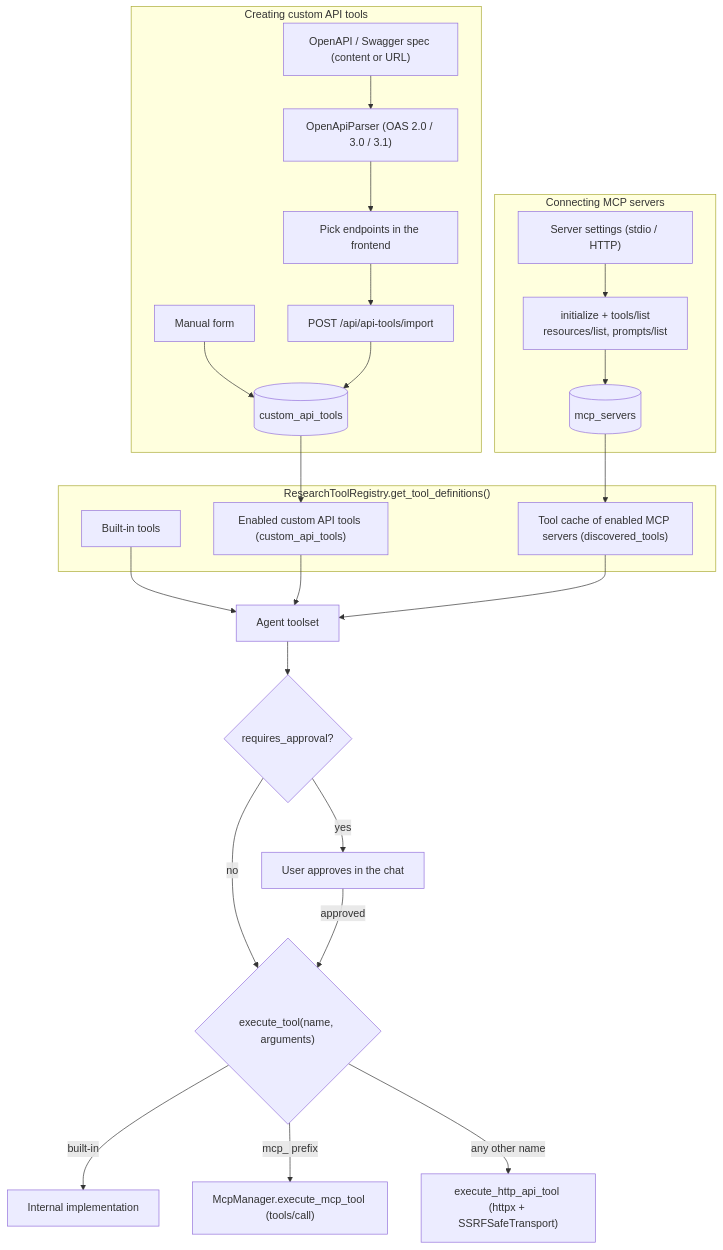
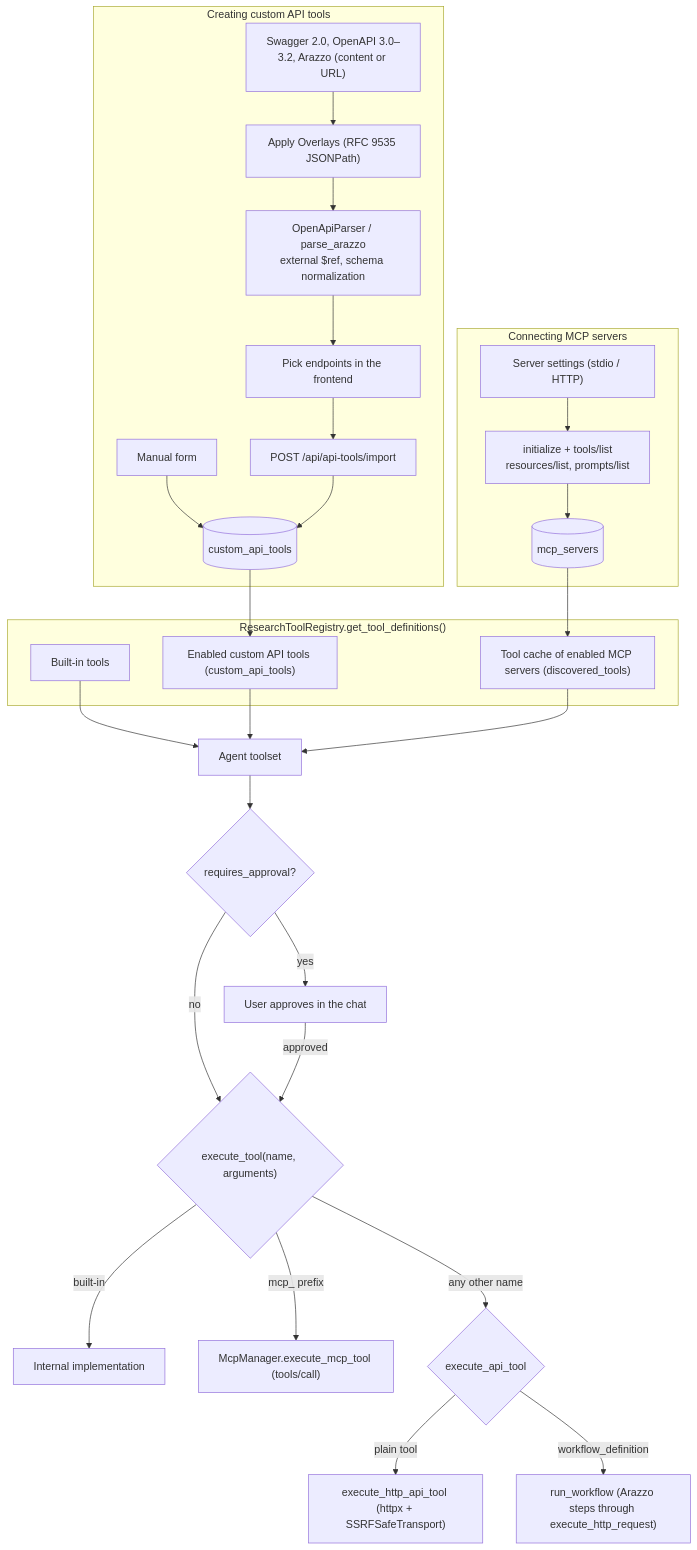
Before and after one commit to Scorpio-meow/AskMiao: the seventh of 9 diagrams in docs/architecture_en.md, drawn with Mermaid. The commit also changed other lines of this file and 163 other files, not shown here.

````diff
--- a/docs/architecture_en.md
+++ b/docs/architecture_en.md
@@ -467,32 +469,35 @@
 ```mermaid
 flowchart TB
     subgraph Registry ["ResearchToolRegistry.get_tool_definitions()"]
         Builtin["Built-in tools"]
         DynamicApi["Enabled custom API tools (custom_api_tools)"]
         DynamicMcp["Tool cache of enabled MCP servers (discovered_tools)"]
     end
 
     subgraph ImportFlow ["Creating custom API tools"]
-        Spec["OpenAPI / Swagger spec (content or URL)"] --> Parser["OpenApiParser (OAS 2.0 / 3.0 / 3.1)"]
+        Spec["Swagger 2.0, OpenAPI 3.0–3.2, Arazzo (content or URL)"] --> Overlay["Apply Overlays (RFC 9535 JSONPath)"]
+        Overlay --> Parser["OpenApiParser / parse_arazzo<br/>external $ref, schema normalization"]
         Parser --> Select["Pick endpoints in the frontend"]
         Select --> Import["POST /api/api-tools/import"]
         Manual["Manual form"] --> DB[(custom_api_tools)]
         Import --> DB
     end
 
     subgraph McpFlow ["Connecting MCP servers"]
         Server["Server settings (stdio / HTTP)"] --> Discover["initialize + tools/list<br/>resources/list, prompts/list"]
         Discover --> McpDB[(mcp_servers)]
     end
 
     DB --> DynamicApi
     McpDB --> DynamicMcp
     Builtin & DynamicApi & DynamicMcp --> Agent["Agent toolset"]
     Agent --> Gate{"requires_approval?"}
     Gate -->|yes| Ask["User approves in the chat"]
     Gate -->|no| Exec{"execute_tool(name, arguments)"}
     Ask -->|approved| Exec
     Exec -->|built-in| Internal["Internal implementation"]
     Exec -->|mcp_ prefix| McpCall["McpManager.execute_mcp_tool (tools/call)"]
-    Exec -->|any other name| Http["execute_http_api_tool (httpx + SSRFSafeTransport)"]
+    Exec -->|any other name| Dispatch{"execute_api_tool"}
+    Dispatch -->|plain tool| Http["execute_http_api_tool (httpx + SSRFSafeTransport)"]
+    Dispatch -->|workflow_definition| Workflow["run_workflow (Arazzo steps through execute_http_request)"]
 ```
````
